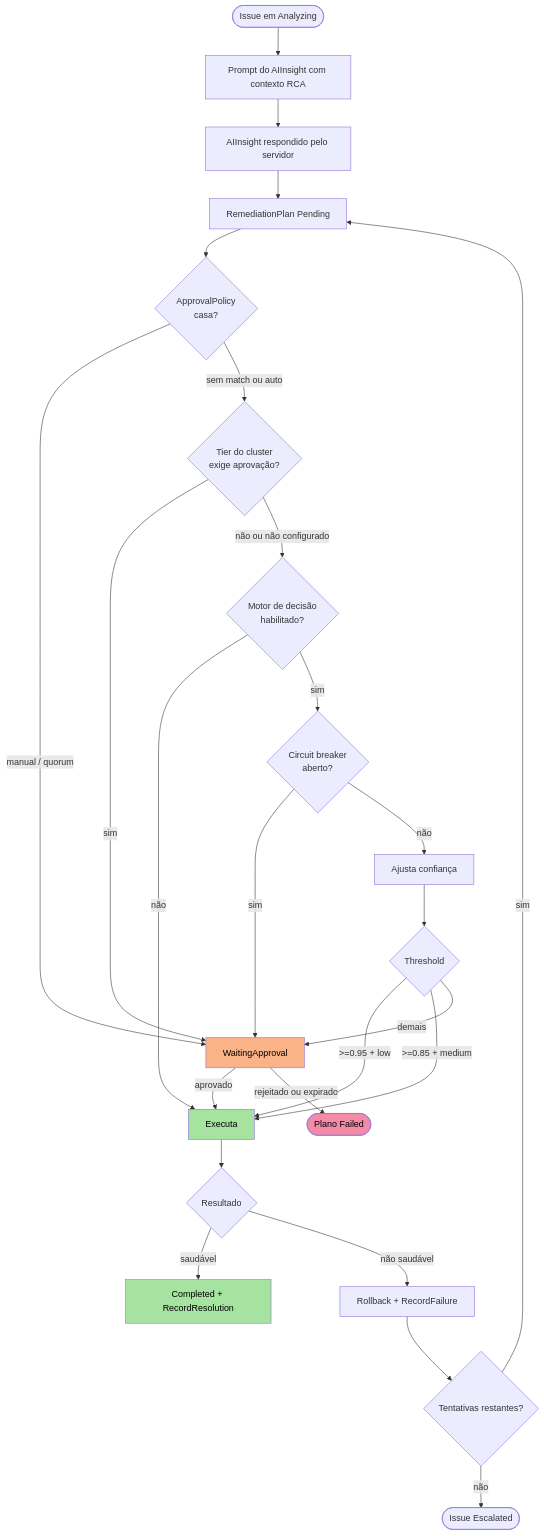
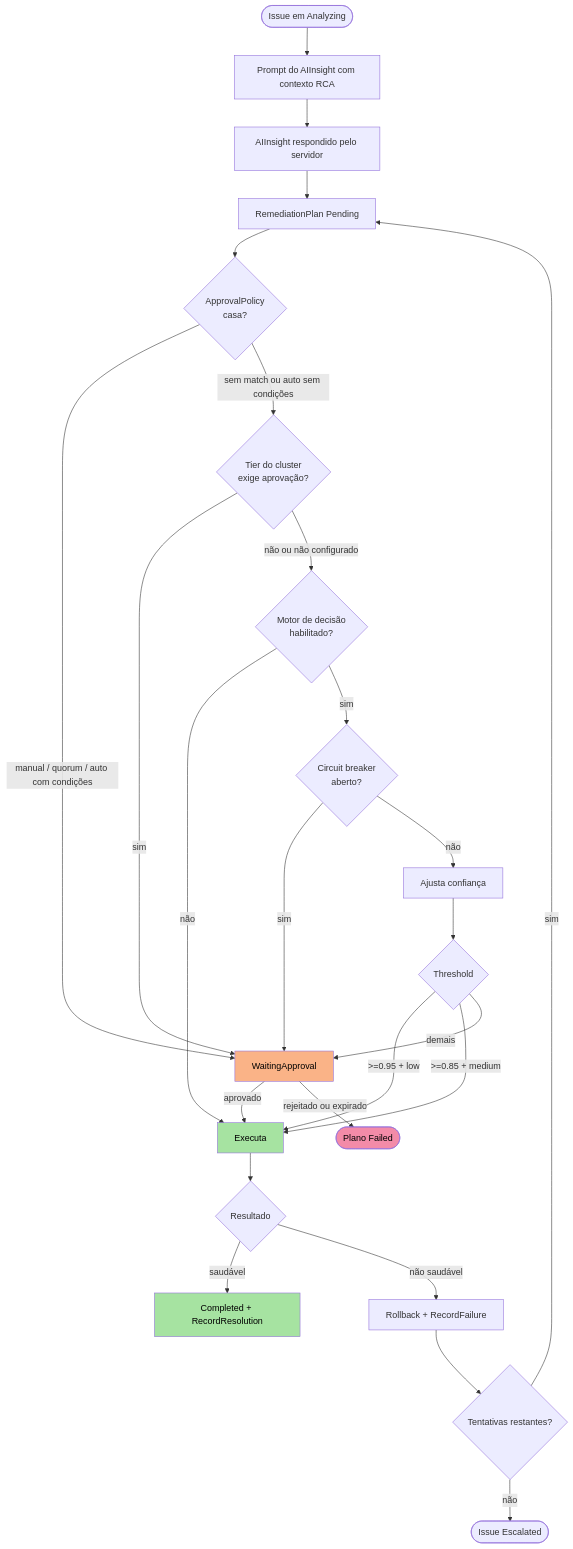
The second of 2 diagrams in pt/features/aiops/decision-engine.mdx (diillson/chatcli.ai), drawn with Mermaid before and after one commit. The commit also changed other lines of this file and 105 other files, not shown here.

````diff
--- a/pt/features/aiops/decision-engine.mdx
+++ b/pt/features/aiops/decision-engine.mdx
@@ -417,31 +417,31 @@
 ```mermaid
 flowchart TD
     START([Issue em Analyzing]) --> RCA[Prompt do AIInsight com contexto RCA]
     RCA --> INSIGHT[AIInsight respondido pelo servidor]
     INSIGHT --> PLAN[RemediationPlan Pending]
     PLAN --> POLICY{ApprovalPolicy<br/>casa?}
-    POLICY -->|manual / quorum| PARK[WaitingApproval]
-    POLICY -->|sem match ou auto| TIER{Tier do cluster<br/>exige aprovação?}
+    POLICY -->|manual / quorum / auto com condições| PARK[WaitingApproval]
+    POLICY -->|sem match ou auto sem condições| TIER{Tier do cluster<br/>exige aprovação?}
     TIER -->|sim| PARK
     TIER -->|não ou não configurado| ENGINE{Motor de decisão<br/>habilitado?}
     ENGINE -->|não| EXEC[Executa]
     ENGINE -->|sim| CB{Circuit breaker<br/>aberto?}
     CB -->|sim| PARK
     CB -->|não| CALC[Ajusta confiança]
     CALC --> THRESHOLD{Threshold}
     THRESHOLD -->|>=0.95 + low| EXEC
     THRESHOLD -->|>=0.85 + medium| EXEC
     THRESHOLD -->|demais| PARK
     PARK -->|aprovado| EXEC
     PARK -->|rejeitado ou expirado| FAIL([Plano Failed])
     EXEC --> RESULT{Resultado}
     RESULT -->|saudável| OK[Completed + RecordResolution]
     RESULT -->|não saudável| RB[Rollback + RecordFailure]
     RB --> RETRY{Tentativas restantes?}
     RETRY -->|sim| PLAN
     RETRY -->|não| ESC([Issue Escalated])
     style EXEC fill:#a6e3a1,color:#000
     style PARK fill:#fab387,color:#000
     style FAIL fill:#f38ba8,color:#000
     style OK fill:#a6e3a1,color:#000
 ```
````
